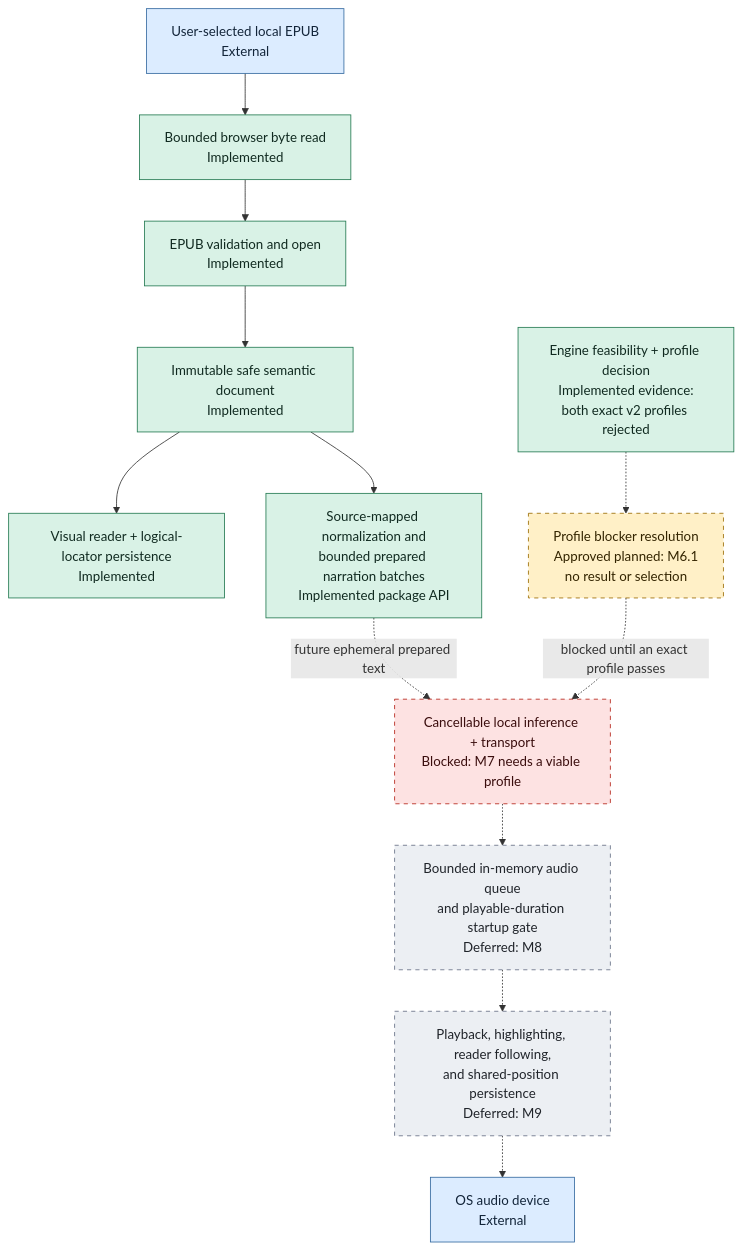
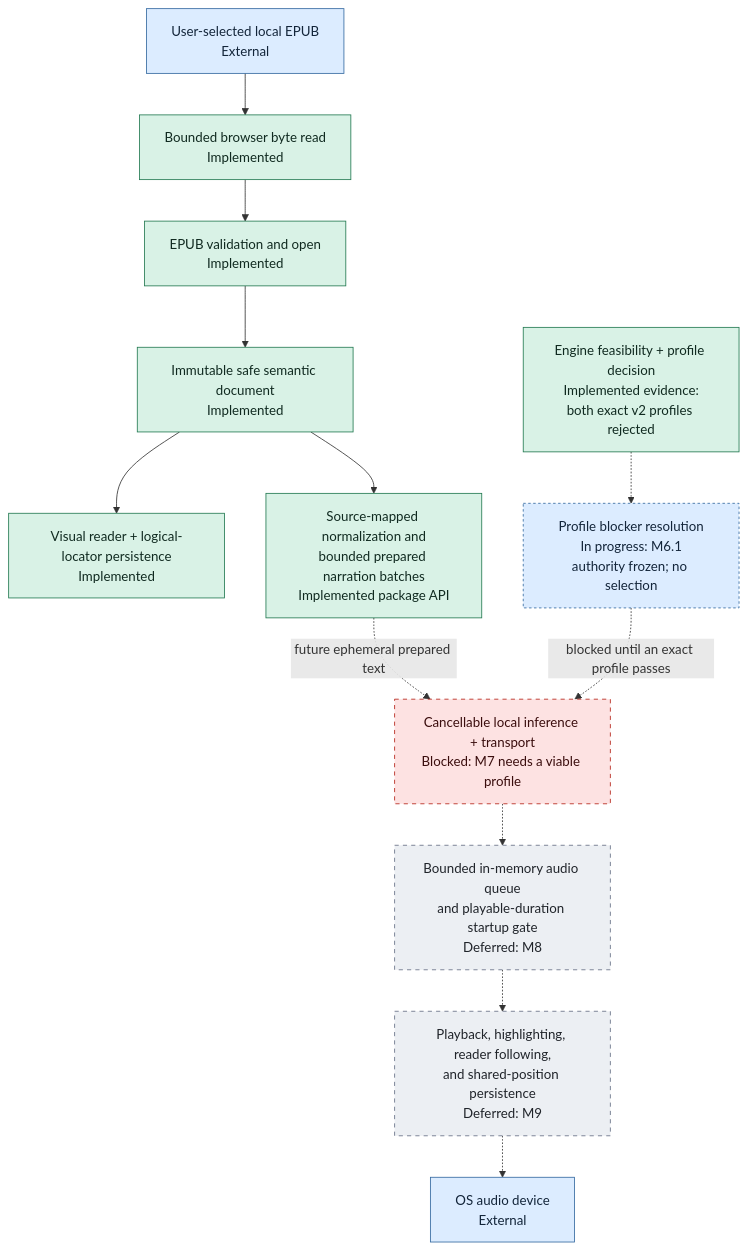
The second of 2 diagrams in docs/architecture/system-diagram.md (mmjosedaniel/voxleaf), drawn with Mermaid before and after one commit. The commit also changed other lines of this file and 19 other files, not shown here.

````diff
--- a/docs/architecture/system-diagram.md
+++ b/docs/architecture/system-diagram.md
@@ -103,31 +103,31 @@
 ```mermaid
 flowchart TD
     classDef implemented fill:#d9f2e6,stroke:#247a52,color:#102a20
     classDef progress fill:#dcecff,stroke:#356aa0,color:#13253a,stroke-dasharray: 3 3
     classDef planned fill:#fff0c7,stroke:#9a6b00,color:#332400,stroke-dasharray: 5 5
     classDef blocked fill:#fde2e2,stroke:#b42318,color:#3a0d0d,stroke-dasharray: 5 5
     classDef deferred fill:#eceff3,stroke:#667085,color:#20242a,stroke-dasharray: 5 5
     classDef external fill:#dcecff,stroke:#356aa0,color:#13253a
 
     FILE["User-selected local EPUB<br/>External"]:::external
     READ["Bounded browser byte read<br/>Implemented"]:::implemented
     OPEN["EPUB validation and open<br/>Implemented"]:::implemented
     SAFE["Immutable safe semantic document<br/>Implemented"]:::implemented
     VISUAL["Visual reader + logical-locator persistence<br/>Implemented"]:::implemented
     PREP["Source-mapped normalization and<br/>bounded prepared narration batches<br/>Implemented package API"]:::implemented
     PROFILE["Engine feasibility + profile decision<br/>Implemented evidence:<br/>both exact v2 profiles rejected"]:::implemented
-    NEXT_PROFILE["Profile blocker resolution<br/>Approved planned: M6.1<br/>no result or selection"]:::planned
+    NEXT_PROFILE["Profile blocker resolution<br/>In progress: M6.1<br/>authority frozen; no selection"]:::progress
     INFER["Cancellable local inference + transport<br/>Blocked: M7 needs a viable profile"]:::blocked
     BUFFER["Bounded in-memory audio queue<br/>and playable-duration startup gate<br/>Deferred: M8"]:::deferred
     FOLLOW["Playback, highlighting, reader following,<br/>and shared-position persistence<br/>Deferred: M9"]:::deferred
     DEVICE["OS audio device<br/>External"]:::external
 
     FILE --> READ --> OPEN --> SAFE --> VISUAL
     SAFE --> PREP
     PREP -.->|"future ephemeral prepared text"| INFER
     PROFILE -.-> NEXT_PROFILE
     NEXT_PROFILE -.->|"blocked until an exact profile passes"| INFER
     INFER -.-> BUFFER
     BUFFER -.-> FOLLOW
     FOLLOW -.-> DEVICE
 ```
````
